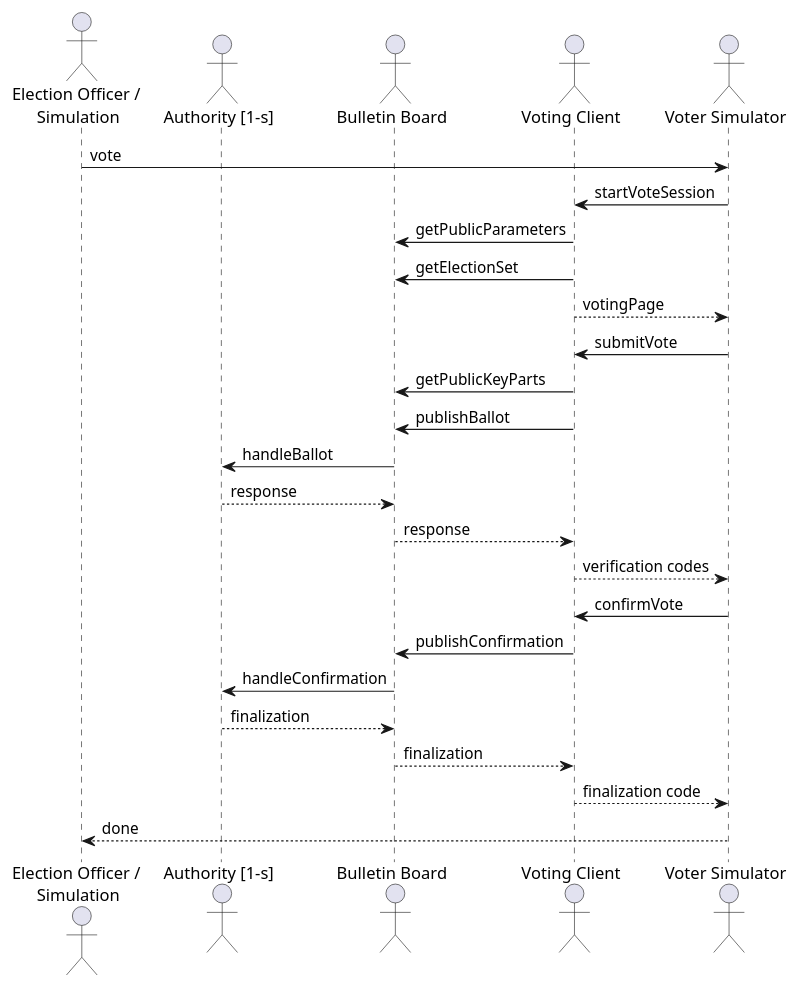
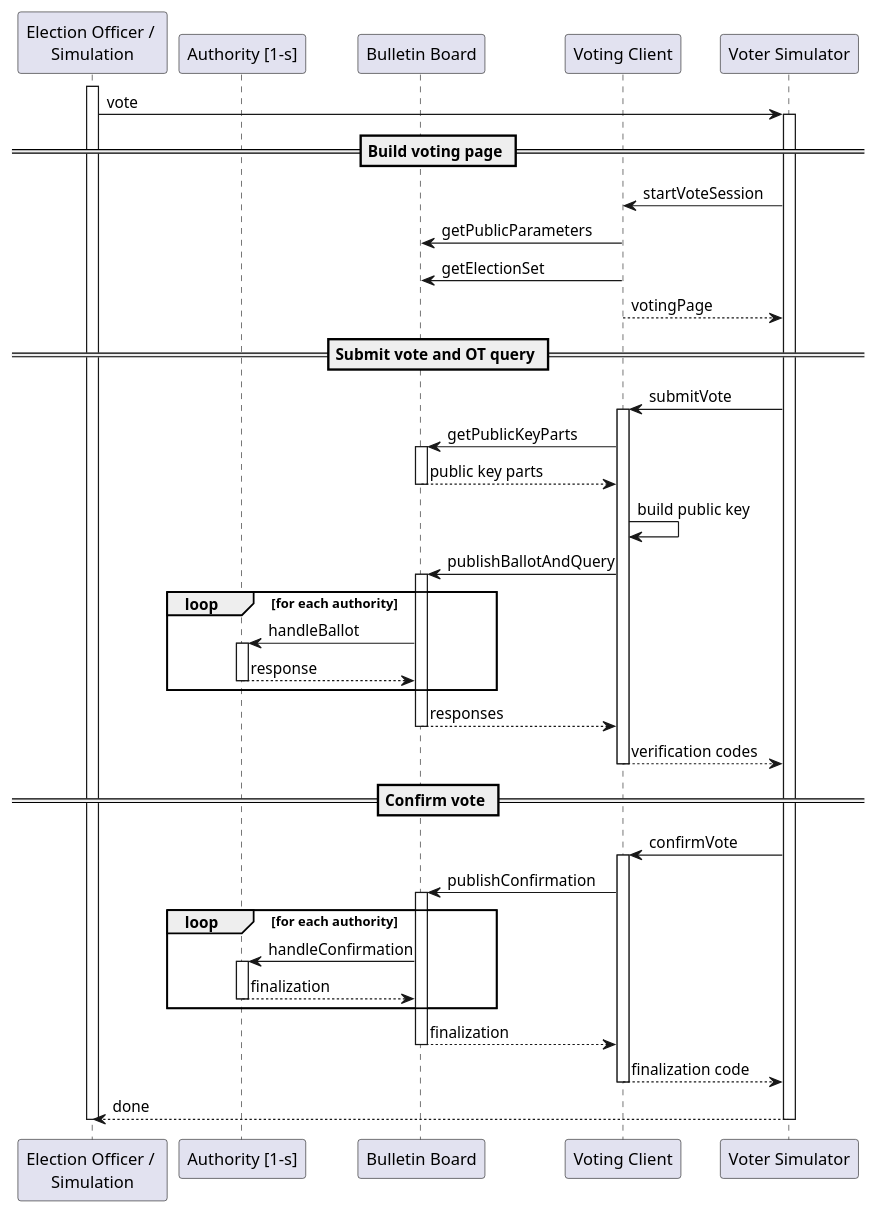
One commit to republique-et-canton-de-geneve/chvote-protocol-poc changed the diagram in doc/sequence/Voting.puml. Above: the diagram before and after it, drawn with PlantUML. The commit also changed 11 other files, not shown here.

Commit message:
Improve sequence diagrams

```diff
--- a/doc/sequence/Voting.puml
+++ b/doc/sequence/Voting.puml
@@ -1,32 +1,59 @@
 @startuml
-actor "Election Officer / \nSimulation" as eo
-actor "Authority [1-s]" as auth
-actor "Bulletin Board" as bb
-actor "Voting Client" as client
-actor "Voter Simulator" as voter
+participant "Election Officer / \nSimulation" as eo
+participant "Authority [1-s]" as auth
+participant "Bulletin Board" as bb
+participant "Voting Client" as client
+participant "Voter Simulator" as voter
 
+activate eo
 eo -> voter : vote
+activate voter
 
+== Build voting page ==
 voter -> client : startVoteSession
 client -> bb : getPublicParameters
 client -> bb : getElectionSet
 client --> voter : votingPage
 
+== Submit vote and OT query ==
 voter -> client : submitVote
+activate client
 client -> bb : getPublicKeyParts
-client -> bb : publishBallot
-bb -> auth : handleBallot
-auth --> bb : response
-bb --> client : response
+activate bb
+bb --> client : public key parts
+deactivate bb
+client -> client : build public key
+client -> bb : publishBallotAndQuery
+activate bb
+loop for each authority
+    bb -> auth : handleBallot
+    activate auth
+    auth --> bb : response
+    deactivate auth
+end
+bb --> client : responses
+deactivate bb
 client --> voter : verification codes
+deactivate client
 
+== Confirm vote ==
 voter -> client : confirmVote
+activate client
 client -> bb : publishConfirmation
-bb -> auth : handleConfirmation
-auth --> bb : finalization
+activate bb
+loop for each authority
+    bb -> auth : handleConfirmation
+    activate auth
+    auth --> bb : finalization
+    deactivate auth
+end
 bb --> client : finalization
+deactivate bb
 client --> voter : finalization code
+deactivate client
 
 voter --> eo : done
+deactivate voter
+deactivate eo
 
 @enduml
```
